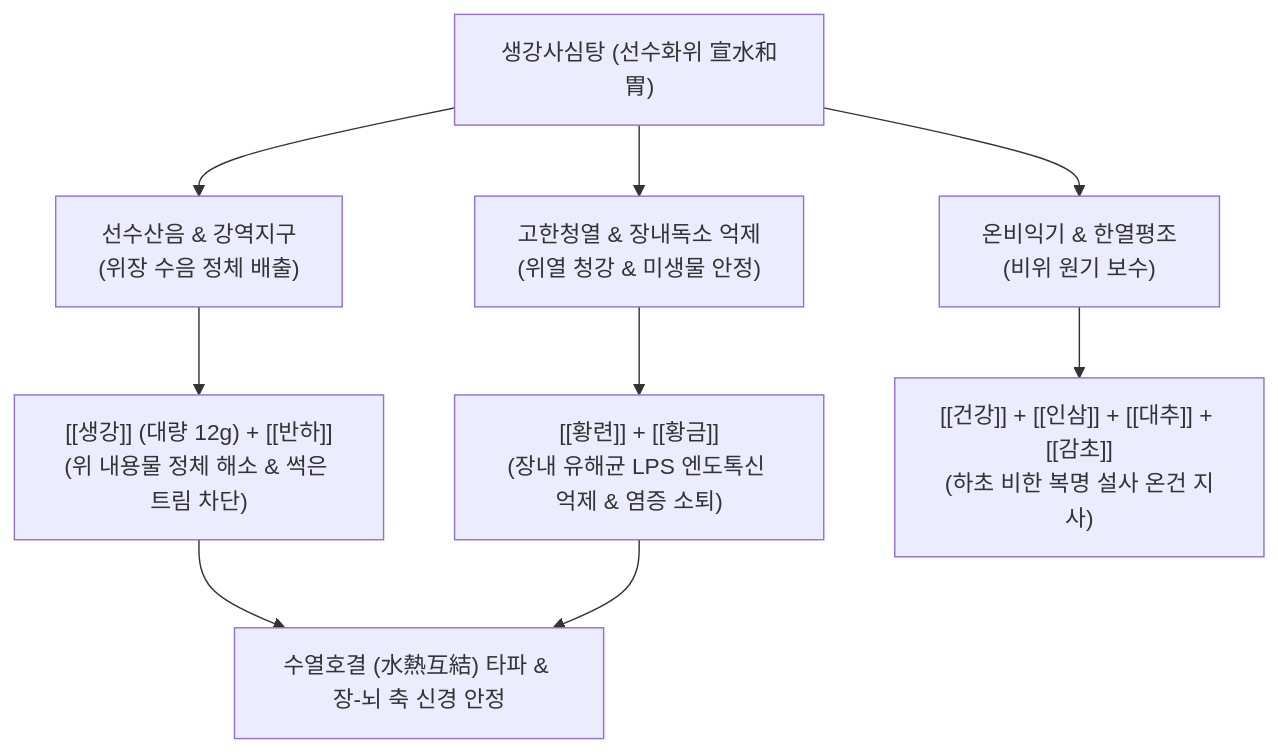
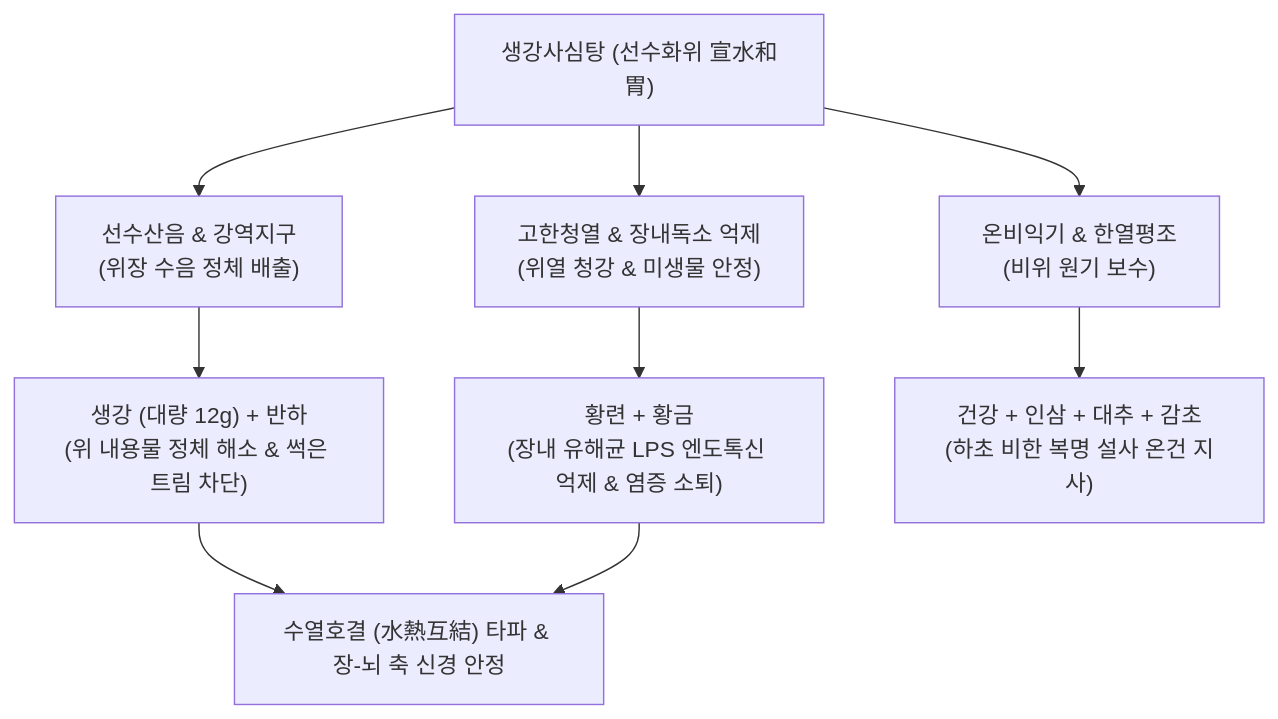
One commit to simbio11/simbio-digital-garden2 changed the diagram in content/2. 약리 공부/처방/04_이기·화해제/생강사심탕.md. Above: the diagram before and after it, drawn with Mermaid. The commit also changed other lines of this file and 122 other files, not shown here.

````diff
--- a/content/2. 약리 공부/처방/04_이기·화해제/생강사심탕.md
+++ b/content/2. 약리 공부/처방/04_이기·화해제/생강사심탕.md
@@ -62,12 +63,12 @@
 ```mermaid
 graph TD
     A["생강사심탕 (선수화위 宣水和胃)"] --> B["선수산음 & 강역지구<br/>(위장 수음 정체 배출)"]
     A --> C["고한청열 & 장내독소 억제<br/>(위열 청강 & 미생물 안정)"]
     A --> D["온비익기 & 한열평조<br/>(비위 원기 보수)"]
 
-    B --> B1["[[생강]] (대량 12g) + [[반하]]<br/>(위 내용물 정체 해소 & 썩은 트림 차단)"]
-    C --> C1["[[황련]] + [[황금]]<br/>(장내 유해균 LPS 엔도톡신 억제 & 염증 소퇴)"]
-    D --> D1["[[건강]] + [[인삼]] + [[대추]] + [[감초]]<br/>(하초 비한 복명 설사 온건 지사)"]
+    B --> B1["생강 (대량 12g) + 반하<br/>(위 내용물 정체 해소 & 썩은 트림 차단)"]
+    C --> C1["황련 + 황금<br/>(장내 유해균 LPS 엔도톡신 억제 & 염증 소퇴)"]
+    D --> D1["건강 + 인삼 + 대추 + 감초<br/>(하초 비한 복명 설사 온건 지사)"]
 
     B1 & C1 --> BC["수열호결 (水熱互結) 타파 & 장-뇌 축 신경 안정"]
 ```
````
